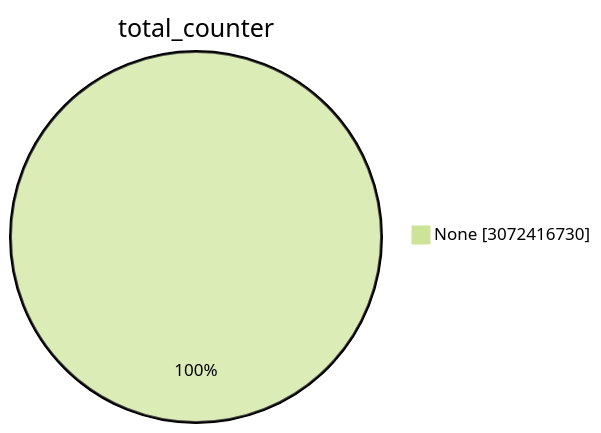
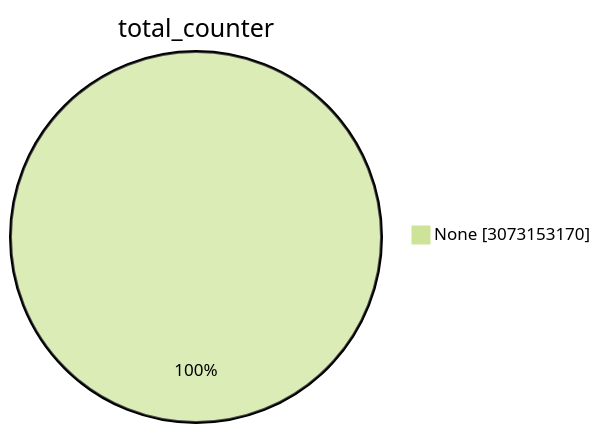
Before and after one commit to christiankrug/ctmonitor_visualization: the first of 15 diagrams in TOTAL/README.md, drawn with Mermaid (forest theme). The commit also changed other lines of this file, not shown here.

````diff
--- a/TOTAL/README.md
+++ b/TOTAL/README.md
@@ -1,5 +1,5 @@
 ```mermaid
 pie showData
 title total_counter
-"None" :3072416730
+"None" :3073153170
 ```
````
